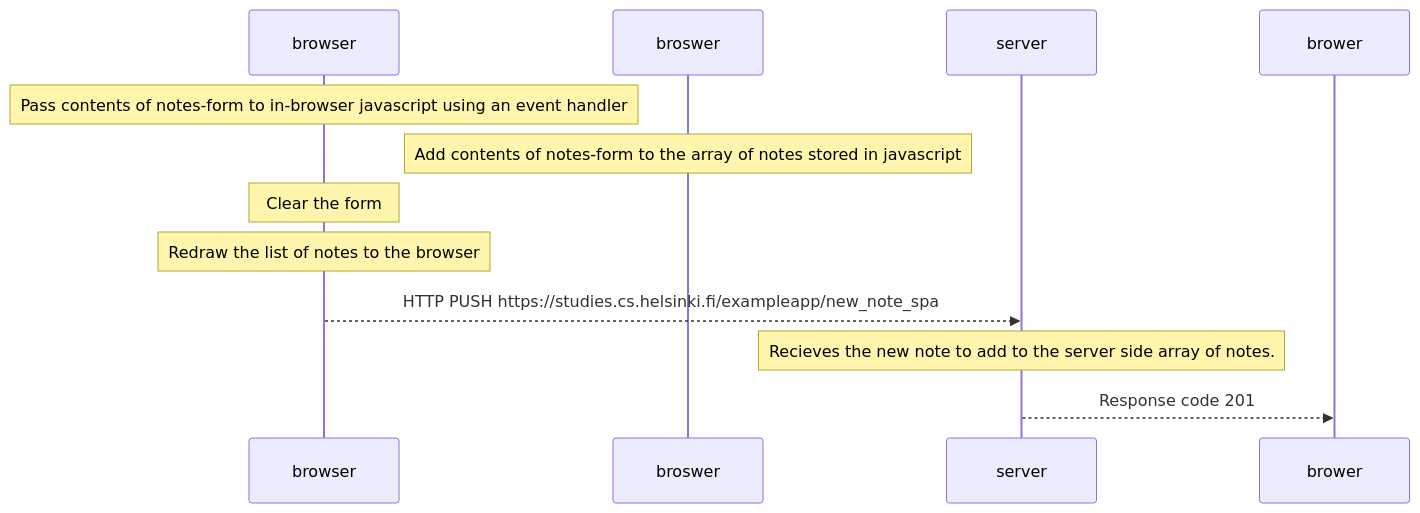
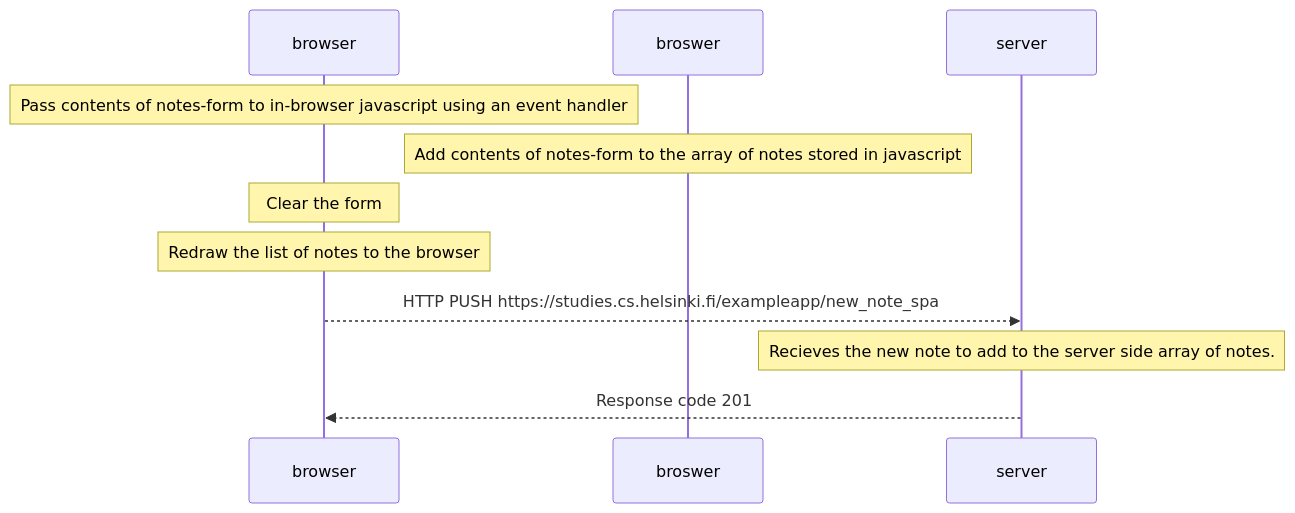
Before and after one commit to lydiadunning/FSO: the diagram in ex0_6.md, drawn with Mermaid.

````diff
--- a/ex0_6.md
+++ b/ex0_6.md
@@ -4,10 +4,10 @@
 ```mermaid
 sequenceDiagram
 note over browser: Pass contents of notes-form to in-browser javascript using an event handler
 note over broswer: Add contents of notes-form to the array of notes stored in javascript
 note over browser: Clear the form 
 note over browser: Redraw the list of notes to the browser
 browser-->>server: HTTP PUSH https://studies.cs.helsinki.fi/exampleapp/new_note_spa
 note over server: Recieves the new note to add to the server side array of notes.
-server-->>brower: Response code 201
+server-->>browser: Response code 201
 ```
````
